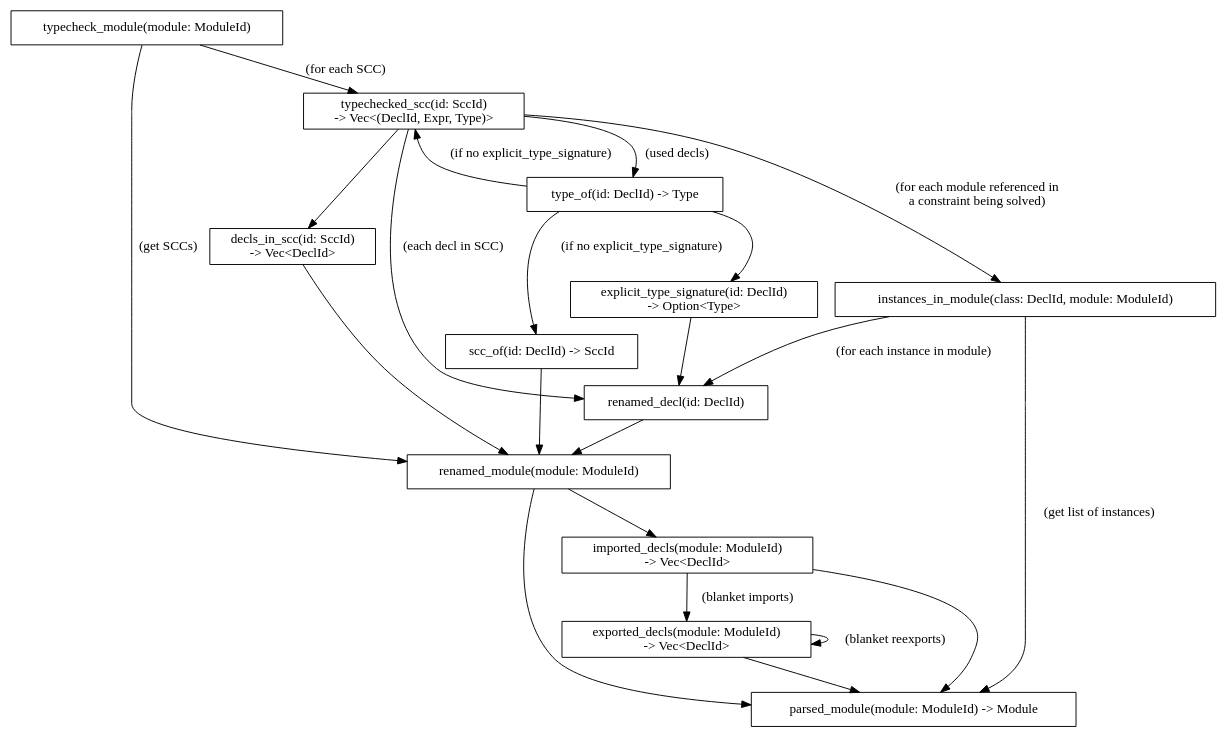
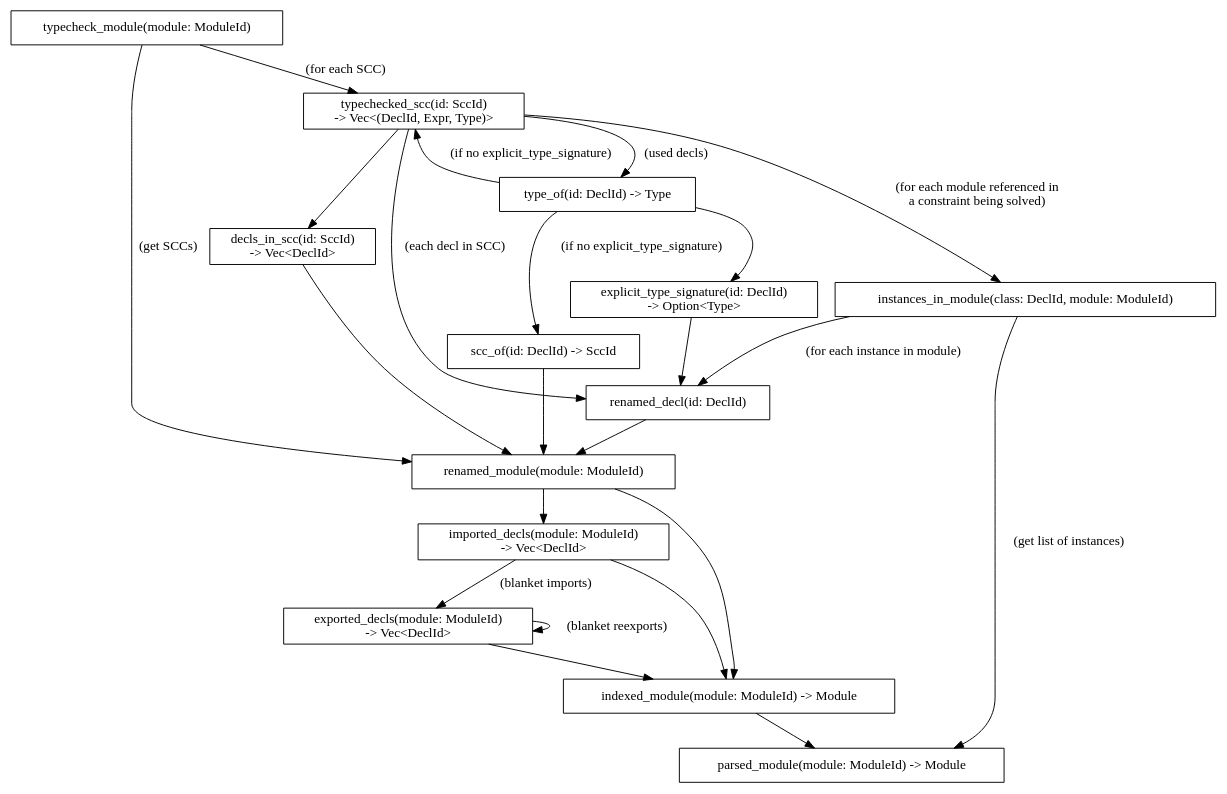
The diagram in docs/queries.dot (zyla/purs-oxide), drawn with Graphviz before and after one commit. The commit also changed 2 other files, not shown here.

Commit message:
Add indexed_module to docs

```diff
--- a/docs/queries.dot
+++ b/docs/queries.dot
@@ -1,49 +1,52 @@
 digraph {
   rankdir=UD
   node [shape=box]
 
   typecheck_module [label="typecheck_module(module: ModuleId)"]
   typecheck_module -> renamed_module [label="(get SCCs)"]
   typecheck_module -> typechecked_scc [label="(for each SCC)"]
 
   type_of [label="type_of(id: DeclId) -> Type"]
   type_of -> scc_of [label="(if no explicit_type_signature)"]
   type_of -> typechecked_scc [label="(if no explicit_type_signature)"]
   type_of -> explicit_type_signature
 
   scc_of [label="scc_of(id: DeclId) -> SccId"]
   scc_of -> renamed_module
 
   decls_in_scc [label="decls_in_scc(id: SccId)\n -> Vec<DeclId>"]
   decls_in_scc -> renamed_module
 
   typechecked_scc [label="typechecked_scc(id: SccId)\n -> Vec<(DeclId, Expr, Type)>"]
   typechecked_scc -> decls_in_scc
   typechecked_scc -> renamed_decl [label="(each decl in SCC)"]
   typechecked_scc -> type_of [label="(used decls)"]
   typechecked_scc -> instances_in_module [label="(for each module referenced in\n a constraint being solved)"]
 
   instances_in_module [label="instances_in_module(class: DeclId, module: ModuleId)"]
   instances_in_module -> renamed_decl [label="(for each instance in module)"]
   instances_in_module -> parsed_module [label=" (get list of instances)"]
 
   explicit_type_signature [label="explicit_type_signature(id: DeclId)\n-> Option<Type>"]
   explicit_type_signature -> renamed_decl
 
   renamed_decl [label="renamed_decl(id: DeclId)"]
   renamed_decl -> renamed_module
 
   renamed_module [label="renamed_module(module: ModuleId)"]
-  renamed_module -> parsed_module
+  renamed_module -> indexed_module
   renamed_module -> imported_decls
 
+  indexed_module [label="indexed_module(module: ModuleId) -> Module"]
+  indexed_module -> parsed_module
+
   imported_decls [label="imported_decls(module: ModuleId)\n-> Vec<DeclId>"]
-  imported_decls -> parsed_module
+  imported_decls -> indexed_module
   imported_decls -> exported_decls [label=" (blanket imports)"]
 
   exported_decls [label="exported_decls(module: ModuleId)\n -> Vec<DeclId>"]
-  exported_decls -> parsed_module
+  exported_decls -> indexed_module
   exported_decls -> exported_decls [label=" (blanket reexports)"]
   
   parsed_module [label="parsed_module(module: ModuleId) -> Module"]
 }
```
